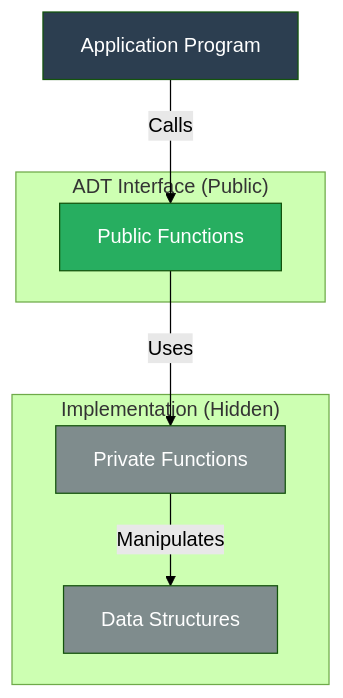
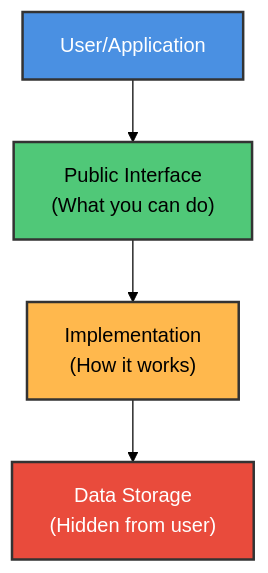
Diagram 12 of 14 in Chapter 1 - Introduction and Overview/README.md (M-F-Tushar/CSE-2101-Data-Structure), drawn with Mermaid (forest theme) before and after one commit. The commit also changed other lines of this file, not shown here.

````diff
--- a/Chapter 1 - Introduction and Overview/README.md
+++ b/Chapter 1 - Introduction and Overview/README.md
@@ -989,22 +874,11 @@
 ```mermaid
 graph TD
-    User[Application Program]
+    USER["User/Application"] --> INTERFACE["Public Interface<br/>(What you can do)"]
+    INTERFACE --> IMPL["Implementation<br/>(How it works)"]
+    IMPL --> DATA["Data Storage<br/>(Hidden from user)"]
     
-    subgraph "ADT Interface (Public)"
-        Pub[Public Functions]
-    end
-    
-    subgraph "Implementation (Hidden)"
-        Priv[Private Functions]
-        Data[Data Structures]
-    end
-    
-    User -->|Calls| Pub
-    Pub -->|Uses| Priv
-    Priv -->|Manipulates| Data
-    
-    style User fill:#2c3e50,color:#fff
-    style Pub fill:#27ae60,color:#fff
-    style Priv fill:#7f8c8d,color:#fff
-    style Data fill:#7f8c8d,color:#fff
+    style USER fill:#4A90E2,stroke:#333,stroke-width:2px,color:#fff
+    style INTERFACE fill:#50C878,stroke:#333,stroke-width:2px,color:#000
+    style IMPL fill:#FFB84D,stroke:#333,stroke-width:2px,color:#000
+    style DATA fill:#E94B3C,stroke:#333,stroke-width:2px,color:#fff
 ```
````
